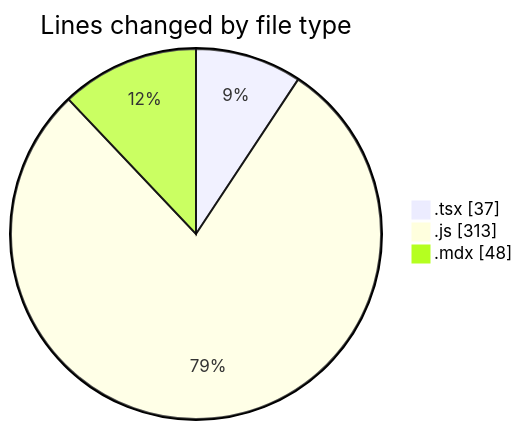
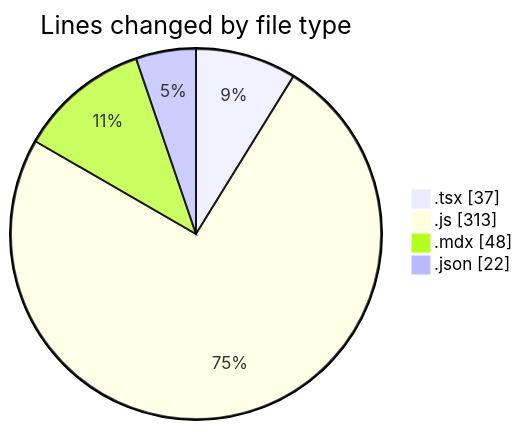
One commit to Elitesun/code-tracking changed the first of 2 diagrams in 2025-05-11/elitesun/README.md. Above: the diagram before and after it, drawn with Mermaid. The commit also changed other lines of this file and 1 other file, not shown here.

````diff
--- a/2025-05-11/elitesun/README.md
+++ b/2025-05-11/elitesun/README.md
@@ -22,7 +23,8 @@
 ```mermaid
 pie showData
 title Lines changed by file type
 ".tsx" : 37
 ".js" : 313
 ".mdx" : 48
+".json" : 22
 ```
````
